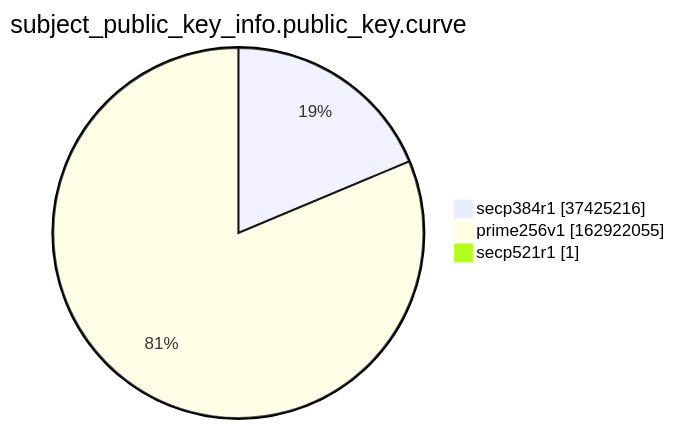
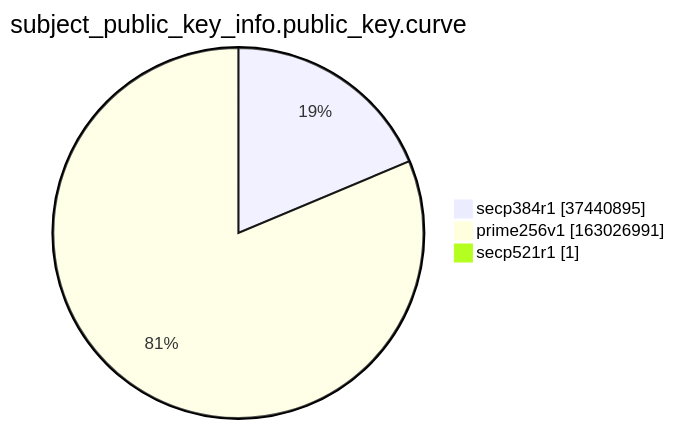
One commit to christiankrug/ctmonitor_visualization changed the ninth of 15 diagrams in argon2022/README.md. Above: the diagram before and after it, drawn with Mermaid. The commit also changed other lines of this file, not shown here.

````diff
--- a/argon2022/README.md
+++ b/argon2022/README.md
@@ -2766,7 +2766,7 @@
 ```mermaid
 pie showData
 title subject_public_key_info.public_key.curve
-"secp384r1" :37425216
-"prime256v1" :162922055
+"secp384r1" :37440895
+"prime256v1" :163026991
 "secp521r1" :1
 ```
````
